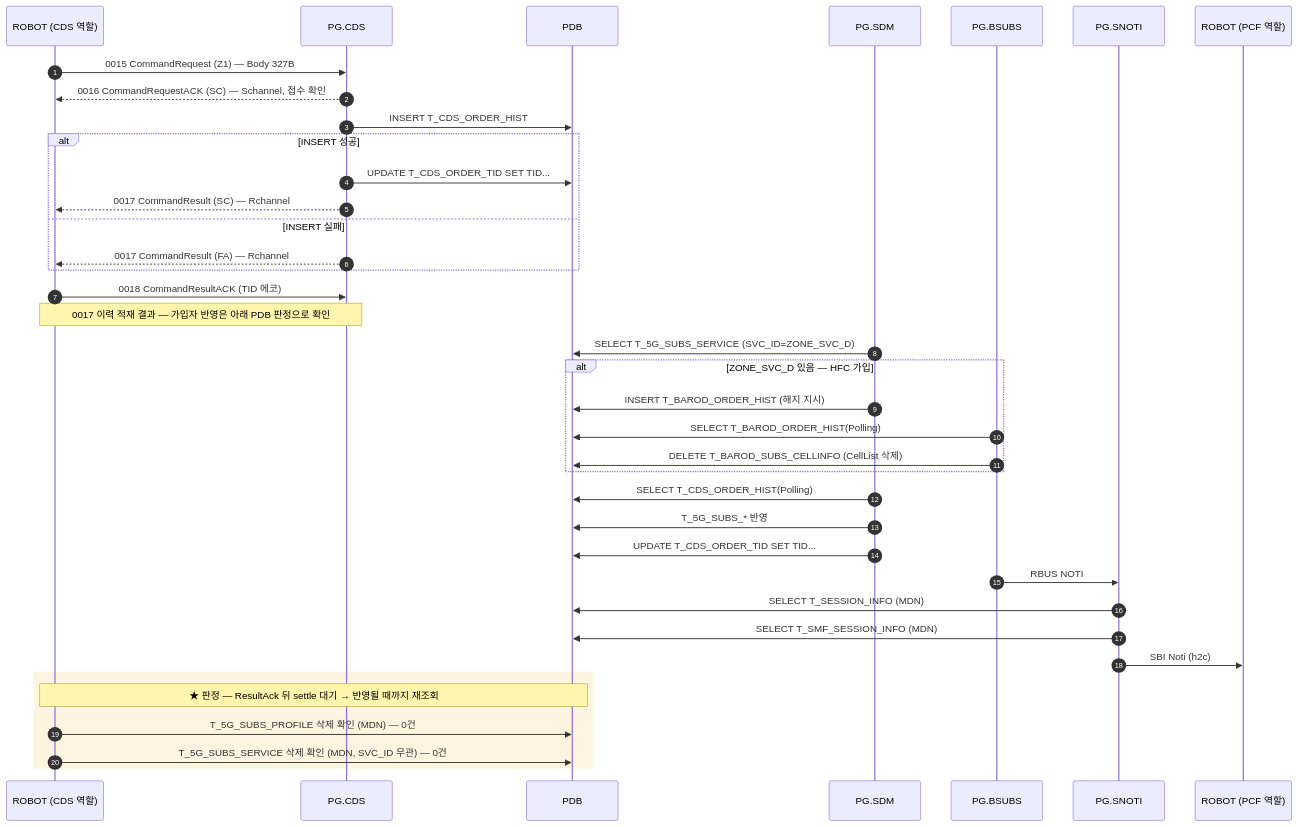
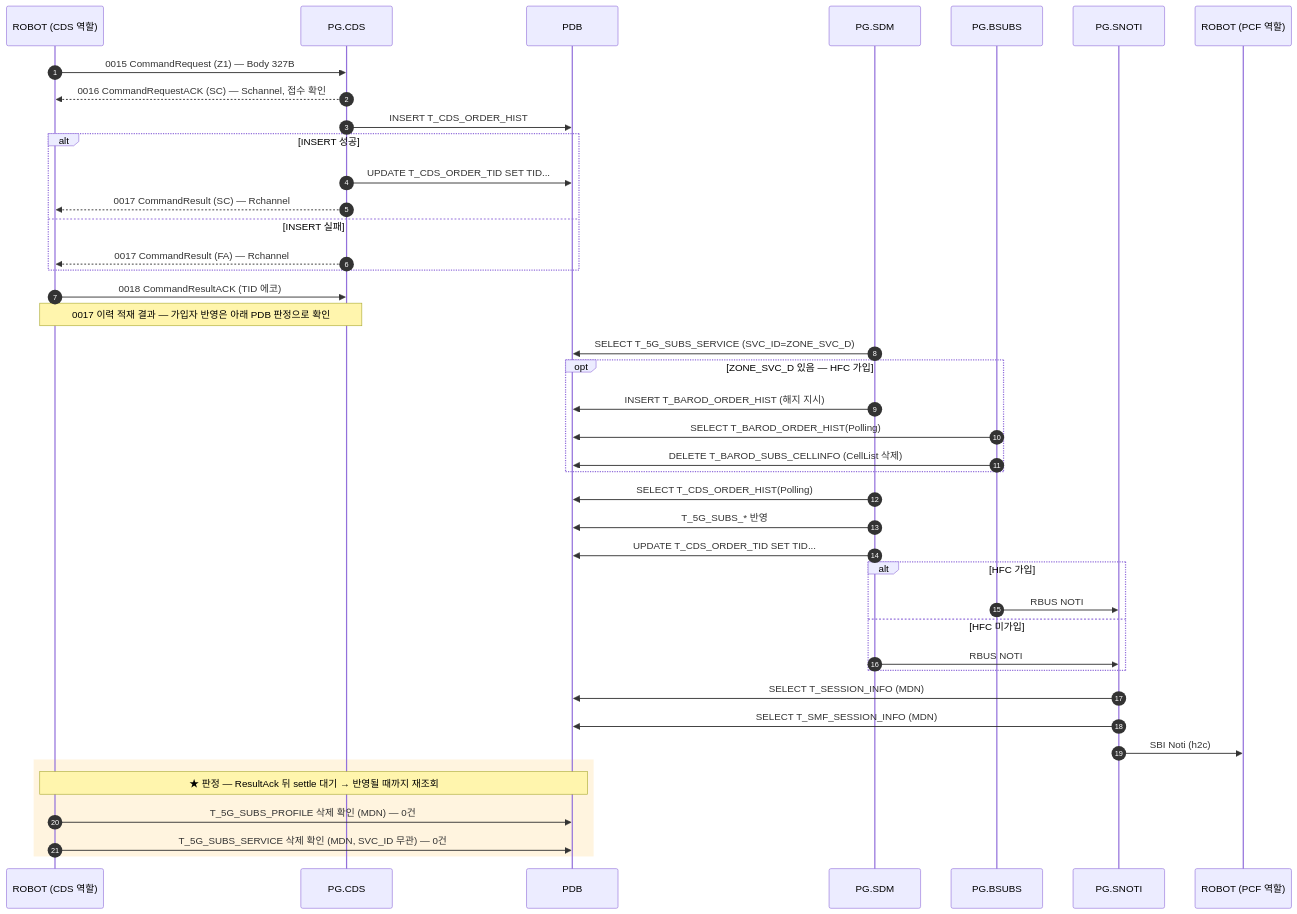
Before and after one commit to IanKim2030/tc4robot: the diagram in docs/callflow/CDS_Z1.md, drawn with Mermaid. The commit also changed 1 other file, not shown here.

Commit message:
docs: Z1 의 HFC 정리를 opt 로, RBUS NOTI 발신자 분기를 되살린다
두 가지를 고친다.

1. `alt` → `opt`
   else 없는 alt 였다. mermaid 는 렌더해 주지만 상자 이름이 "alt" 로
   나와서 읽는 사람이 없는 반대편 분기를 찾게 된다. 조건이 맞을 때만
   끼어드는 블록은 opt 다.

2. RBUS NOTI 가 무조건 BSUBS 발신이 돼 있었다
   SDM 3단계를 밖으로 빼면서 딸려 나온 문제다. 규칙 2 대로면 HFC
   미가입 Z1 은 SDM 이 보낸다. 여기는 실제로 갈리므로 alt 가 맞다.

       alt HFC 가입
           BSUBS->>SNOTI: RBUS NOTI
       else HFC 미가입
           SDM->>SNOTI: RBUS NOTI
       end

생성기(gen_callflow.py)도 같이 맞췄다 — 직전 커밋에서 파일과 생성기가
어긋나 있어, 재생성하면 이 구조가 날아갈 상태였다.

검사에 "else 없는 alt" 와 "else 위치 오류" 확인을 추가했다.
mermaid 21블록 문제 0건 / else 없는 alt 0건.

````diff
--- a/docs/callflow/CDS_Z1.md
+++ b/docs/callflow/CDS_Z1.md
@@ -17,44 +17,47 @@
 ```mermaid
 sequenceDiagram
     autonumber
     participant TOOL as ROBOT (CDS 역할)
     participant PCDS as PG.CDS
     participant PDB as PDB
     participant SDM as PG.SDM
     participant BSUBS as PG.BSUBS
     participant SNOTI as PG.SNOTI
     participant PCF as ROBOT (PCF 역할)
 
     TOOL->>PCDS: 0015 CommandRequest (Z1) — Body 327B
     PCDS-->>TOOL: 0016 CommandRequestACK (SC) — Schannel, 접수 확인
     PCDS->>PDB: INSERT T_CDS_ORDER_HIST
     alt INSERT 성공
         PCDS->>PDB: UPDATE T_CDS_ORDER_TID SET TID...
         PCDS-->>TOOL: 0017 CommandResult (SC) — Rchannel
     else INSERT 실패
         PCDS-->>TOOL: 0017 CommandResult (FA) — Rchannel
     end
     TOOL->>PCDS: 0018 CommandResultACK (TID 에코)
     Note over TOOL,PCDS: 0017 이력 적재 결과 — 가입자 반영은 아래 PDB 판정으로 확인
 
     SDM->>PDB: SELECT T_5G_SUBS_SERVICE (SVC_ID=ZONE_SVC_D)
-    alt ZONE_SVC_D 있음 — HFC 가입
+    opt ZONE_SVC_D 있음 — HFC 가입
         SDM->>PDB: INSERT T_BAROD_ORDER_HIST (해지 지시)
         BSUBS->>PDB: SELECT T_BAROD_ORDER_HIST(Polling)
         BSUBS->>PDB: DELETE T_BAROD_SUBS_CELLINFO (CellList 삭제)
     end
 
     SDM->>PDB: SELECT T_CDS_ORDER_HIST(Polling)
     SDM->>PDB: T_5G_SUBS_* 반영
     SDM->>PDB: UPDATE T_CDS_ORDER_TID SET TID...
-    BSUBS->>SNOTI: RBUS NOTI
-
+    alt HFC 가입
+        BSUBS->>SNOTI: RBUS NOTI
+    else HFC 미가입
+        SDM->>SNOTI: RBUS NOTI
+    end
     SNOTI->>PDB: SELECT T_SESSION_INFO (MDN)
     SNOTI->>PDB: SELECT T_SMF_SESSION_INFO (MDN)
     SNOTI->>PCF: SBI Noti (h2c)
     rect rgba(255, 176, 32, 0.14)
     Note over TOOL,PDB: ★ 판정 — ResultAck 뒤 settle 대기 → 반영될 때까지 재조회
         TOOL->>PDB: T_5G_SUBS_PROFILE 삭제 확인 (MDN) — 0건
         TOOL->>PDB: T_5G_SUBS_SERVICE 삭제 확인 (MDN, SVC_ID 무관) — 0건
     end
 ```
````
